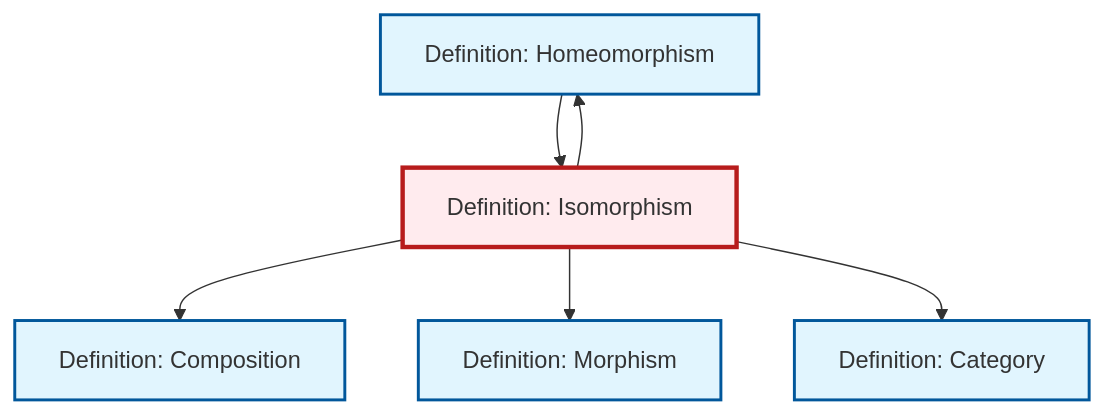
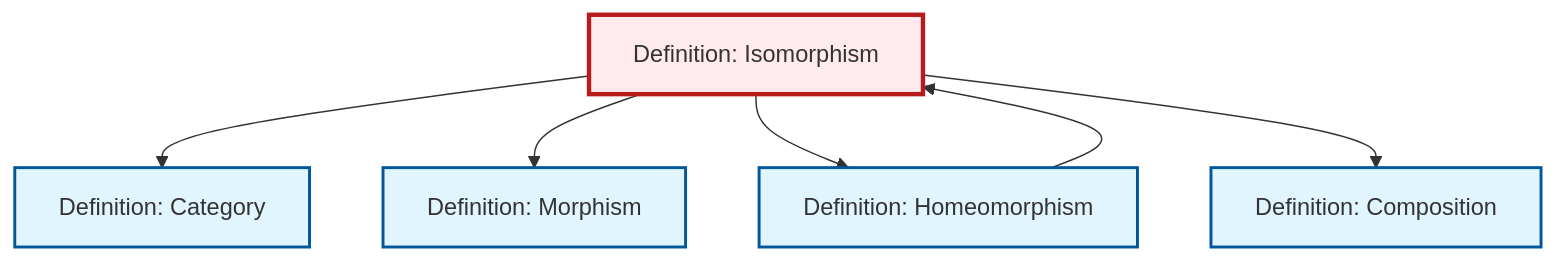
One commit to RK0429/ModernMath changed the diagram in content/en/category-theory/def-isomorphism.qmd. Above: the diagram before and after it, drawn with Mermaid. The commit also changed other lines of this file and 360 other files, not shown here.

````diff
--- a/content/en/category-theory/def-isomorphism.qmd
+++ b/content/en/category-theory/def-isomorphism.qmd
@@ -83,24 +83,24 @@
 ```{mermaid}
 %%| fig-cap: "Local dependency graph"
 graph TD
     classDef definition fill:#e1f5fe,stroke:#01579b,stroke-width:2px
     classDef theorem fill:#f3e5f5,stroke:#4a148c,stroke-width:2px
     classDef axiom fill:#fff3e0,stroke:#e65100,stroke-width:2px
     classDef example fill:#e8f5e9,stroke:#1b5e20,stroke-width:2px
     classDef current fill:#ffebee,stroke:#b71c1c,stroke-width:3px
+    def-isomorphism["Definition: Isomorphism"]:::definition
+    def-morphism["Definition: Morphism"]:::definition
     def-composition["Definition: Composition"]:::definition
     def-category["Definition: Category"]:::definition
     def-homeomorphism["Definition: Homeomorphism"]:::definition
-    def-morphism["Definition: Morphism"]:::definition
-    def-isomorphism["Definition: Isomorphism"]:::definition
-    def-isomorphism --> def-composition
+    def-isomorphism --> def-category
+    def-homeomorphism --> def-isomorphism
     def-isomorphism --> def-morphism
     def-isomorphism --> def-homeomorphism
-    def-homeomorphism --> def-isomorphism
-    def-isomorphism --> def-category
+    def-isomorphism --> def-composition
     class def-isomorphism current
+    click def-morphism "def-morphism.html" "Go to Morphism definition"
     click def-composition "def-composition.html" "Go to Composition definition"
     click def-category "def-category.html" "Go to Category definition"
     click def-homeomorphism "def-homeomorphism.html" "Go to Homeomorphism definition"
-    click def-morphism "def-morphism.html" "Go to Morphism definition"
 ```
````
